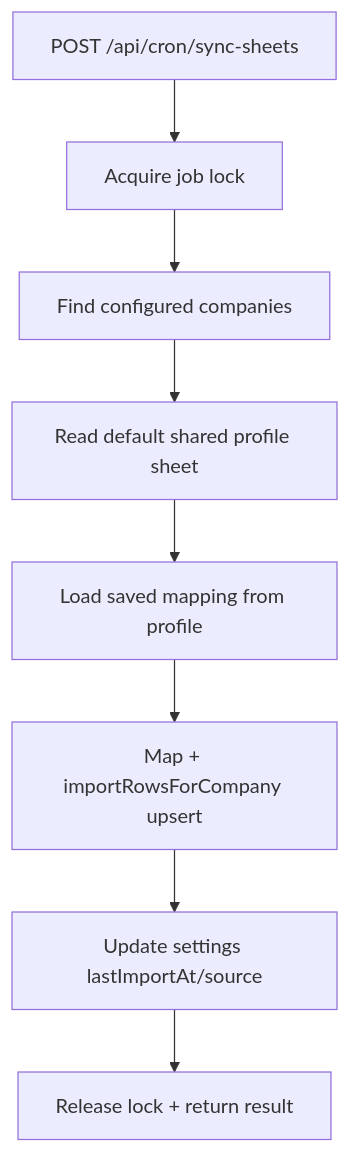
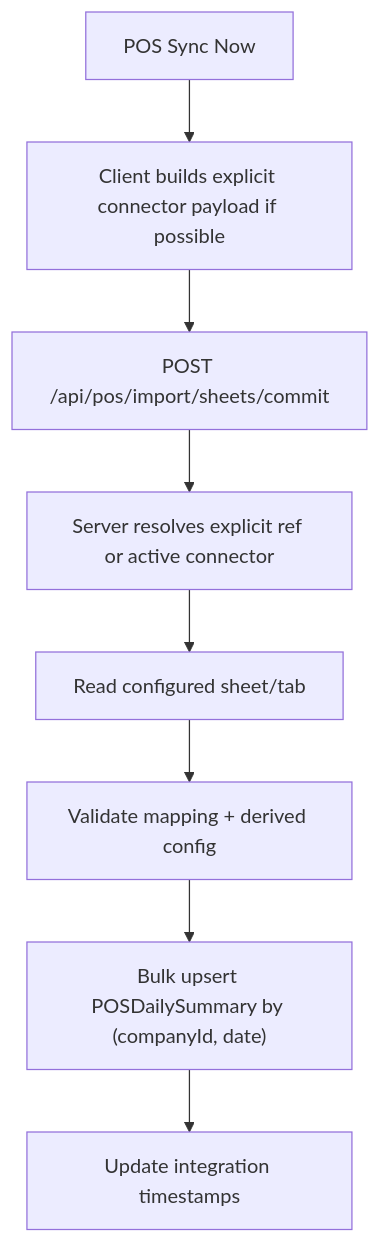
The third of 3 diagrams in docs/architecture/sheets-integration-flows.md (comp596-spring-2026/RetailSync), drawn with Mermaid before and after one commit. The commit also changed other lines of this file and 86 other files, not shown here.

Commit message:
POS Google Sync Reliability + Single Google Setup Entry Point

````diff
--- a/docs/architecture/sheets-integration-flows.md
+++ b/docs/architecture/sheets-integration-flows.md
@@ -148,10 +66,10 @@
 ```mermaid
 flowchart TD
-  A["POST /api/cron/sync-sheets"] --> B["Acquire job lock"]
-  B --> C["Find configured companies"]
-  C --> D["Read default shared profile sheet"]
-  D --> E["Load saved mapping from profile"]
-  E --> F["Map + importRowsForCompany upsert"]
-  F --> G["Update settings lastImportAt/source"]
-  G --> H["Release lock + return result"]
+  A["POS Sync Now"] --> B["Client builds explicit connector payload if possible"]
+  B --> C["POST /api/pos/import/sheets/commit"]
+  C --> D["Server resolves explicit ref or active connector"]
+  D --> E["Read configured sheet/tab"]
+  E --> F["Validate mapping + derived config"]
+  F --> G["Bulk upsert POSDailySummary by (companyId, date)"]
+  G --> H["Update integration timestamps"]
 ```
````
